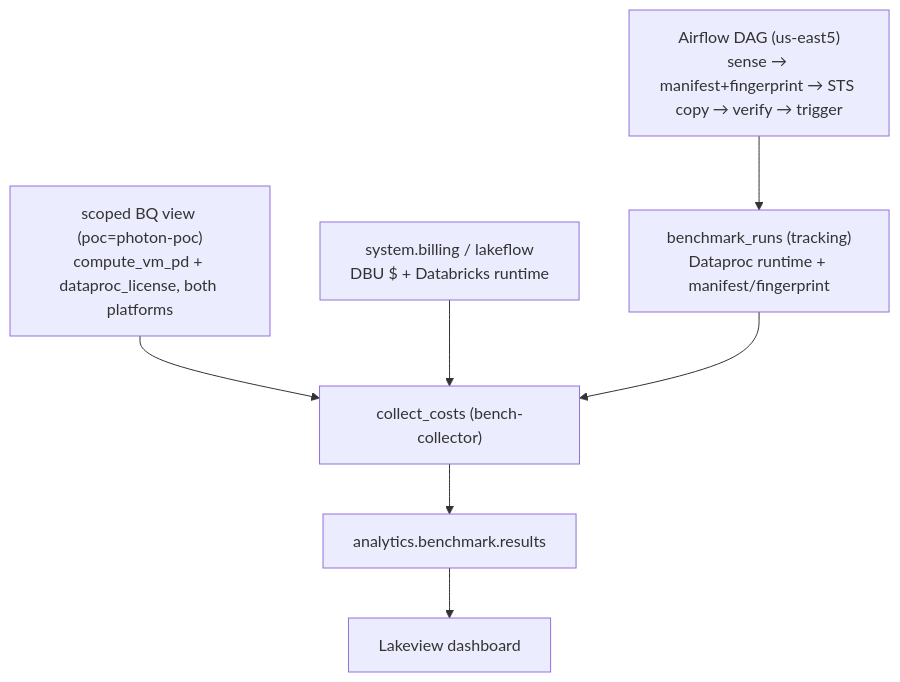
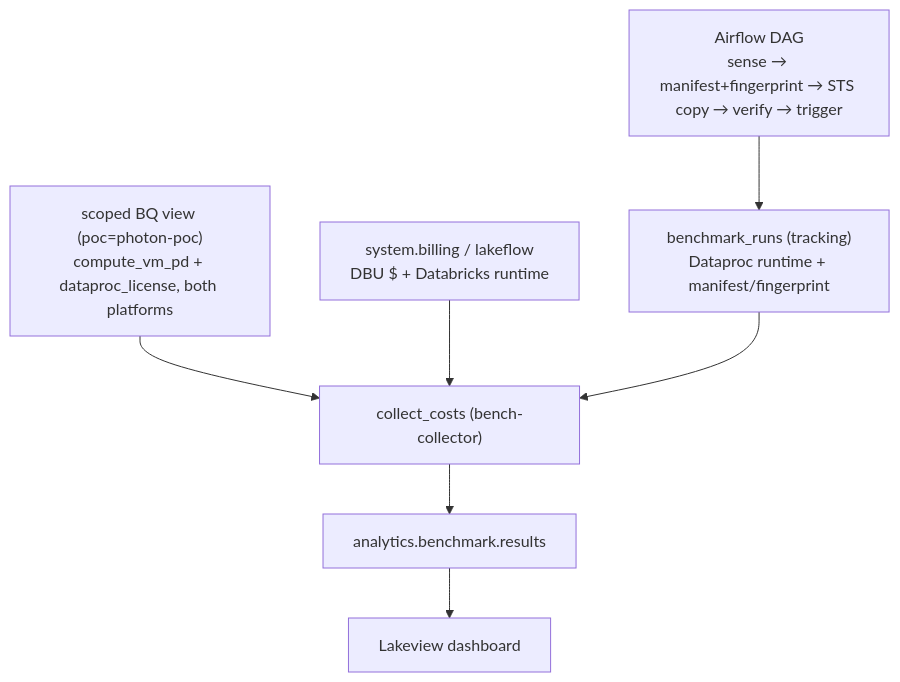
One commit to klevisa/shared-vpc-cmk-psc-databricks-deployment changed the diagram in benchmark/README.md. Above: the diagram before and after it, drawn with Mermaid. The commit also changed other lines of this file and 1 other file, not shown here.

````diff
--- a/benchmark/README.md
+++ b/benchmark/README.md
@@ -124,15 +115,15 @@
 ```mermaid
 flowchart TB
-    A["Airflow DAG (us-east5)<br/>sense → manifest+fingerprint → STS copy → verify → trigger"]
+    A["Airflow DAG<br/>sense → manifest+fingerprint → STS copy → verify → trigger"]
     V["scoped BQ view (poc=photon-poc)<br/>compute_vm_pd + dataproc_license, both platforms"]
     S["system.billing / lakeflow<br/>DBU $ + Databricks runtime"]
     T["benchmark_runs (tracking)<br/>Dataproc runtime + manifest/fingerprint"]
     C["collect_costs (bench-collector)"]
     R["analytics.benchmark.results"]
     D["Lakeview dashboard"]
     A --> T
     V --> C
     S --> C
     T --> C
     C --> R --> D
 ```
````
